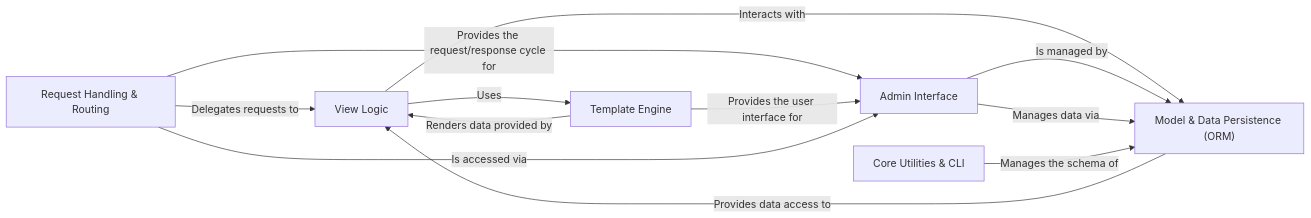
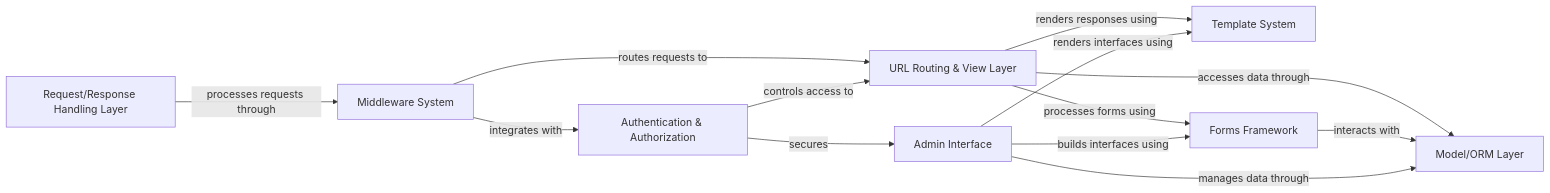
One commit to CodeBoarding/GeneratedOnBoardings changed the diagram in django/on_boarding.md. Above: the diagram before and after it, drawn with Mermaid. The commit also changed other lines of this file and 4 other files, not shown here.

````diff
--- a/django/on_boarding.md
+++ b/django/on_boarding.md
@@ -1,24 +1,23 @@
 ```mermaid
 graph LR
-    Request_Handling_Routing["Request Handling & Routing"]
-    View_Logic["View Logic"]
-    Model_Data_Persistence_ORM_["Model & Data Persistence (ORM)"]
-    Template_Engine["Template Engine"]
+    Request_Response_Handling_Layer["Request/Response Handling Layer"]
+    Middleware_System["Middleware System"]
+    URL_Routing_View_Layer["URL Routing & View Layer"]
+    Model_ORM_Layer["Model/ORM Layer"]
+    Template_System["Template System"]
+    Forms_Framework["Forms Framework"]
     Admin_Interface["Admin Interface"]
-    Core_Utilities_CLI["Core Utilities & CLI"]
-    Request_Handling_Routing -- "Delegates requests to" --> View_Logic
-    Request_Handling_Routing -- "Provides the request/response cycle for" --> Admin_Interface
-    View_Logic -- "Interacts with" --> Model_Data_Persistence_ORM_
-    View_Logic -- "Uses" --> Template_Engine
-    Model_Data_Persistence_ORM_ -- "Provides data access to" --> View_Logic
-    Admin_Interface -- "Is managed by" --> Model_Data_Persistence_ORM_
-    Template_Engine -- "Renders data provided by" --> View_Logic
-    Template_Engine -- "Provides the user interface for" --> Admin_Interface
-    Admin_Interface -- "Manages data via" --> Model_Data_Persistence_ORM_
-    Request_Handling_Routing -- "Is accessed via" --> Admin_Interface
-    Core_Utilities_CLI -- "Manages the schema of" --> Model_Data_Persistence_ORM_
-    click Request_Handling_Routing href "https://github.com/CodeBoarding/GeneratedOnBoardings/blob/main/django/Request_Handling_Routing.md" "Details"
-    click Template_Engine href "https://github.com/CodeBoarding/GeneratedOnBoardings/blob/main/django/Template_Engine.md" "Details"
-    click Admin_Interface href "https://github.com/CodeBoarding/GeneratedOnBoardings/blob/main/django/Admin_Interface.md" "Details"
-    click Core_Utilities_CLI href "https://github.com/CodeBoarding/GeneratedOnBoardings/blob/main/django/Core_Utilities_CLI.md" "Details"
+    Authentication_Authorization["Authentication & Authorization"]
+    Request_Response_Handling_Layer -- "processes requests through" --> Middleware_System
+    Middleware_System -- "routes requests to" --> URL_Routing_View_Layer
+    URL_Routing_View_Layer -- "accesses data through" --> Model_ORM_Layer
+    URL_Routing_View_Layer -- "renders responses using" --> Template_System
+    URL_Routing_View_Layer -- "processes forms using" --> Forms_Framework
+    Forms_Framework -- "interacts with" --> Model_ORM_Layer
+    Admin_Interface -- "builds interfaces using" --> Forms_Framework
+    Admin_Interface -- "manages data through" --> Model_ORM_Layer
+    Admin_Interface -- "renders interfaces using" --> Template_System
+    Middleware_System -- "integrates with" --> Authentication_Authorization
+    Authentication_Authorization -- "controls access to" --> URL_Routing_View_Layer
+    Authentication_Authorization -- "secures" --> Admin_Interface
 ```
````
